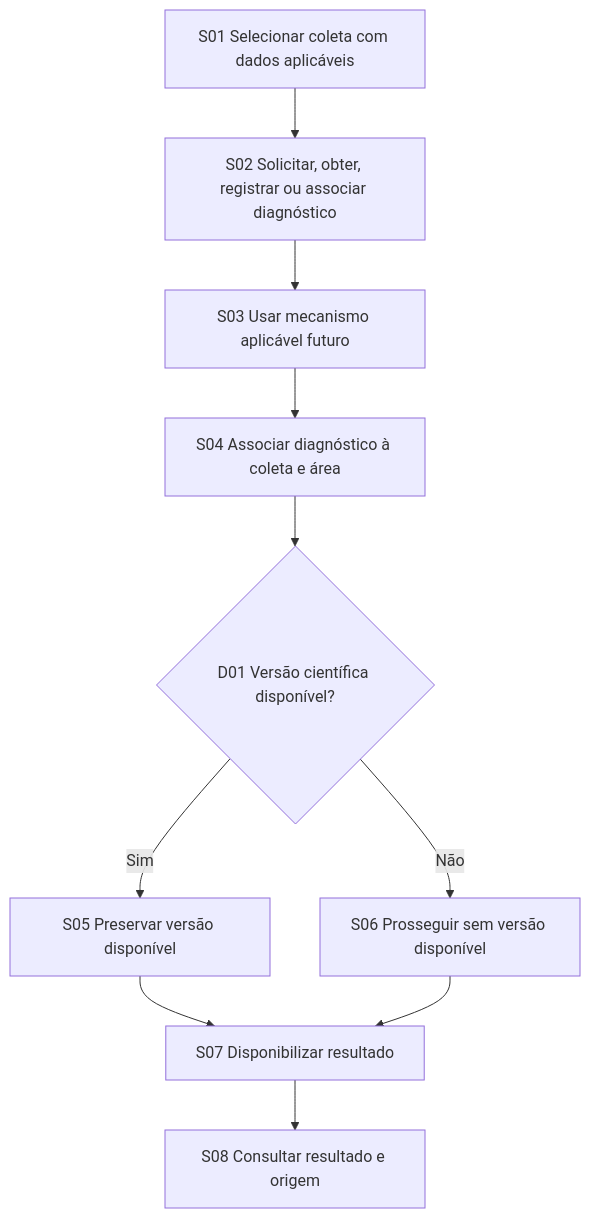
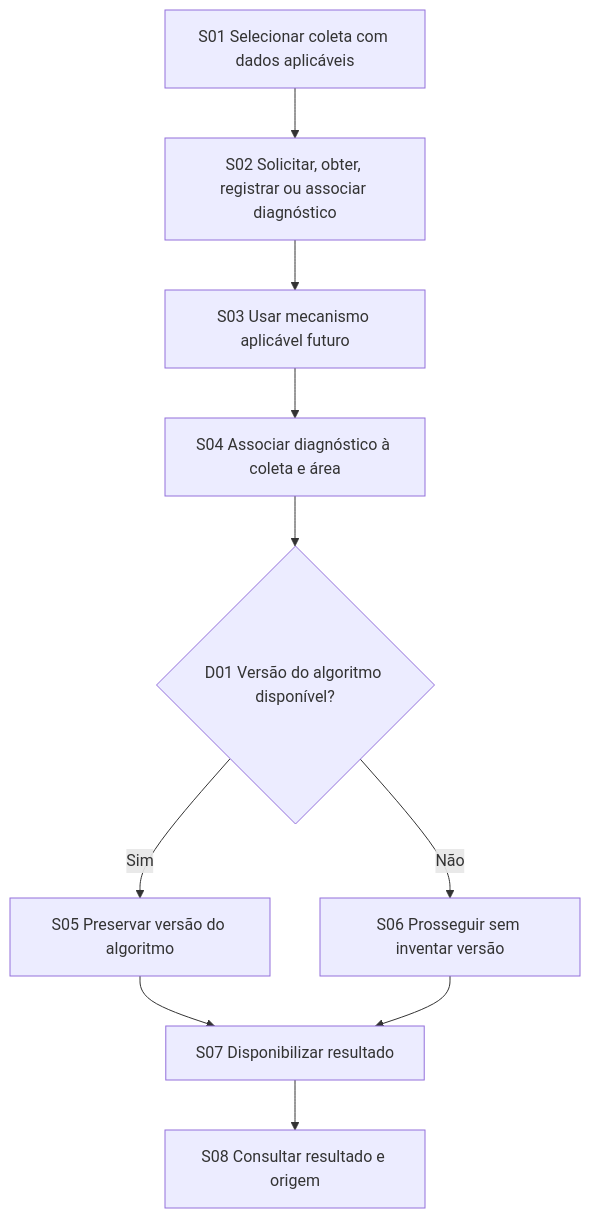
One commit to PedroVitor237/HidroFlorestas changed the sixth of 7 diagrams in docs/code-first-prd/specifications/product-flows.md. Above: the diagram before and after it, drawn with Mermaid. The commit also changed other lines of this file and 14 other files, not shown here.

````diff
--- a/docs/code-first-prd/specifications/product-flows.md
+++ b/docs/code-first-prd/specifications/product-flows.md
@@ -320,12 +320,12 @@
 ```mermaid
 flowchart TD
     S01["S01 Selecionar coleta com dados aplicáveis"] --> S02["S02 Solicitar, obter, registrar ou associar diagnóstico"]
     S02 --> S03["S03 Usar mecanismo aplicável futuro"]
     S03 --> S04["S04 Associar diagnóstico à coleta e área"]
-    S04 --> D01{"D01 Versão científica disponível?"}
-    D01 -- Sim --> S05["S05 Preservar versão disponível"]
-    D01 -- Não --> S06["S06 Prosseguir sem versão disponível"]
+    S04 --> D01{"D01 Versão do algoritmo disponível?"}
+    D01 -- Sim --> S05["S05 Preservar versão do algoritmo"]
+    D01 -- Não --> S06["S06 Prosseguir sem inventar versão"]
     S05 --> S07["S07 Disponibilizar resultado"]
     S06 --> S07
     S07 --> S08["S08 Consultar resultado e origem"]
 ```
````
